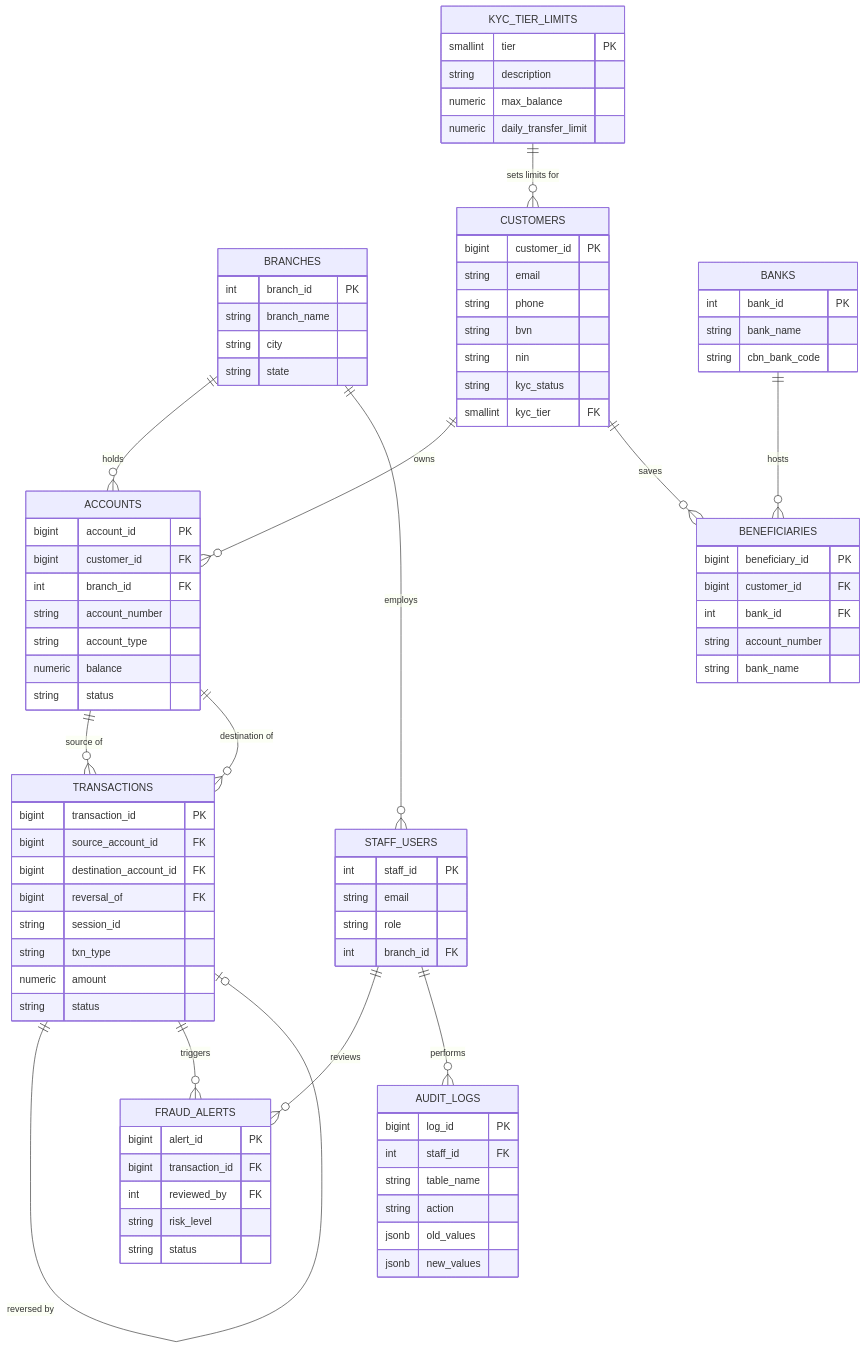
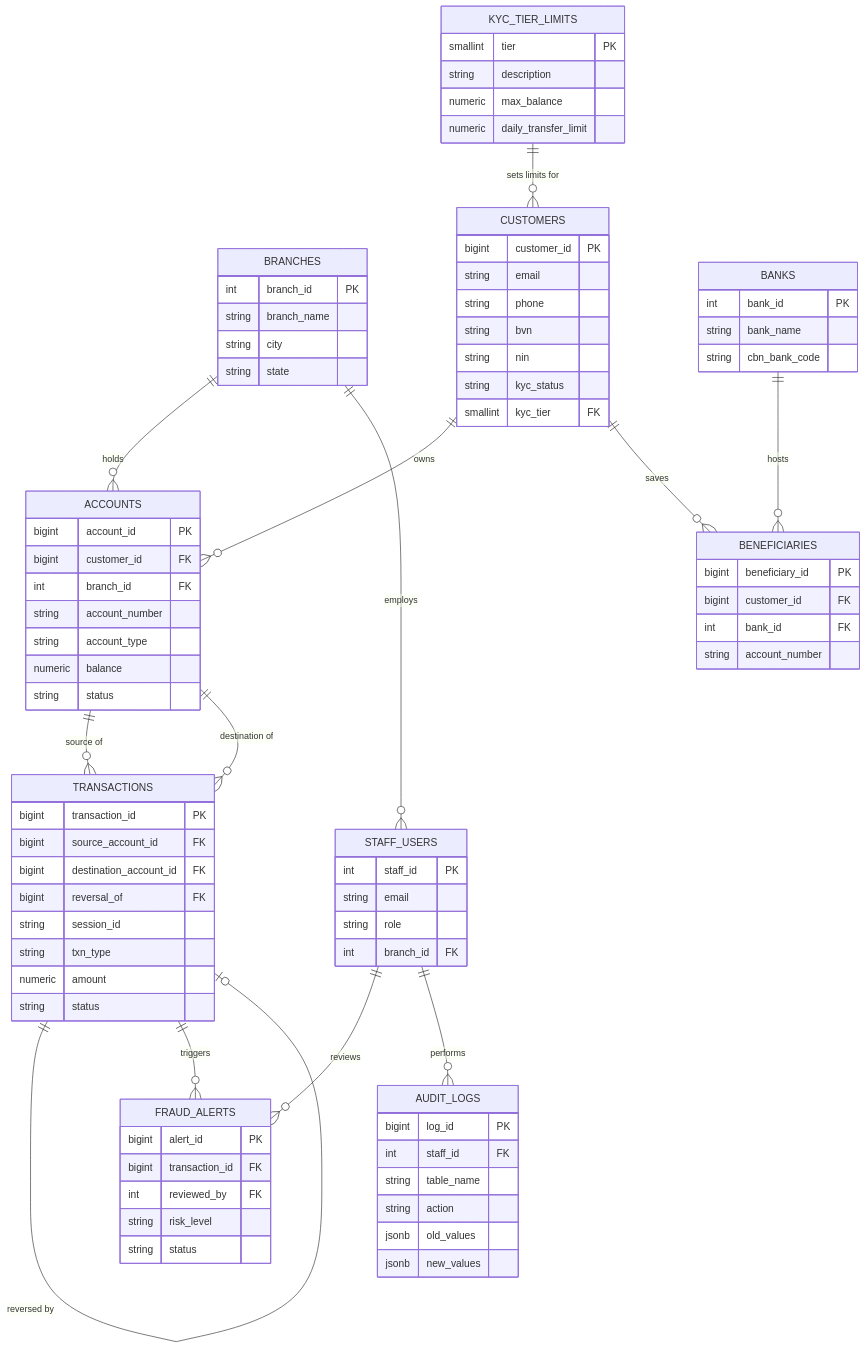
The diagram in portfolio-1-database-design/er-diagram.md (Memek-Saviour/advanced-database-portfolio), drawn with Mermaid before and after one commit.

Commit message:
Update ER diagram after 3NF fix

```diff
--- a/portfolio-1-database-design/er-diagram.md
+++ b/portfolio-1-database-design/er-diagram.md
@@ -61,7 +61,7 @@
         bigint customer_id FK
         int bank_id FK
         string account_number
-        string bank_name
+
     }
     TRANSACTIONS {
         bigint transaction_id PK
```
